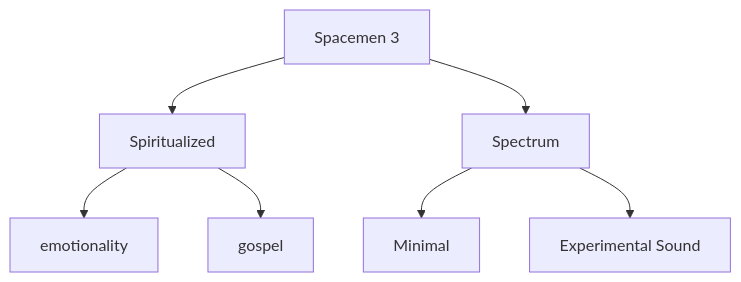
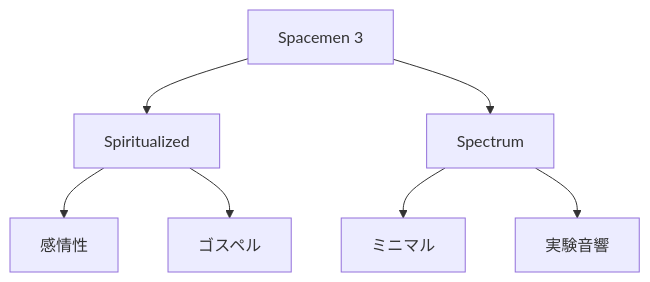
The sixth of 8 diagrams in en/_posts/2026-05-09-column-spacemen-3.md (monumental-movement/monumental-movement.github.io), drawn with Mermaid before and after one commit. The commit also changed other lines of this file and 2196 other files, not shown here.

```diff
--- a/en/_posts/2026-05-09-column-spacemen-3.md
+++ b/en/_posts/2026-05-09-column-spacemen-3.md
@@ -512,11 +512,11 @@
 <div class="mermaid">
 graph TD
 A["Spacemen 3"] --> B["Spiritualized"]
 A --> C["Spectrum"]
 
-B --> D["emotionality"]
-B --> E["gospel"]
+B --> D["感情性"]
+B --> E["ゴスペル"]
 
-C --> F["Minimal"]
-C --> G["Experimental Sound"]
+C --> F["ミニマル"]
+C --> G["実験音響"]
 </div>
```
